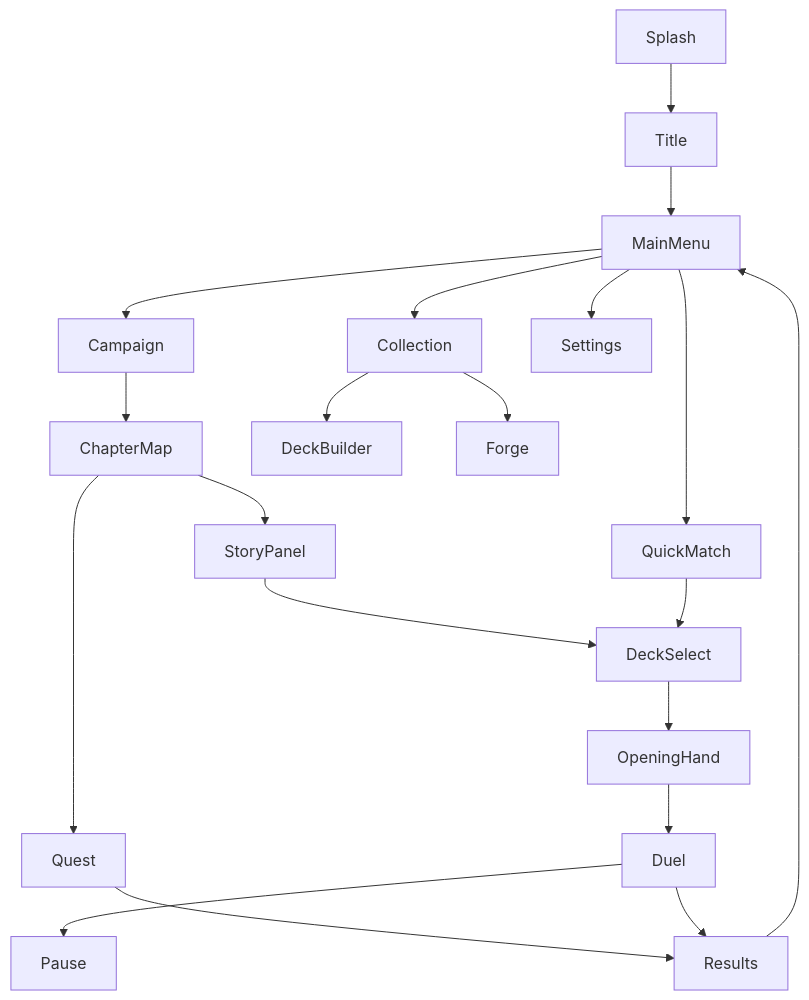
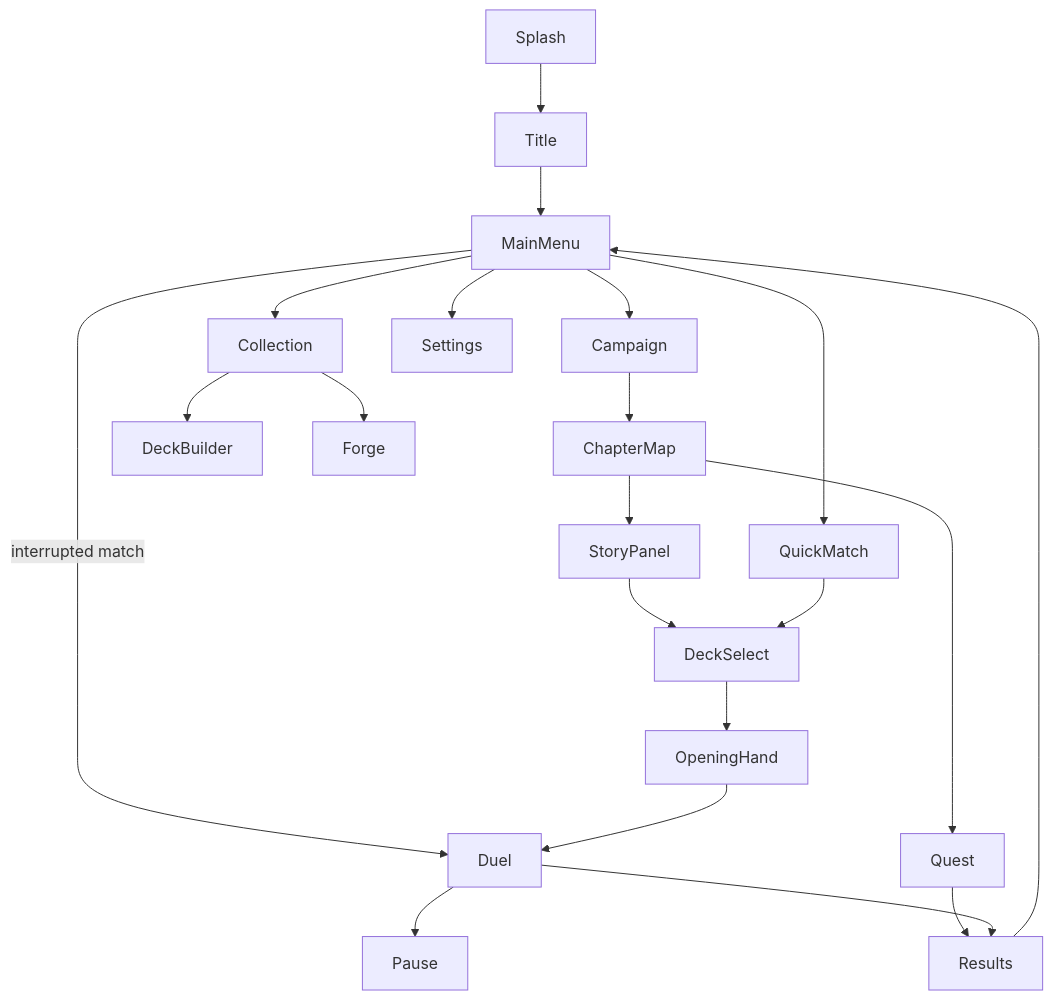
Before and after one commit to TuntematonSotilas/nothung: the diagram in docs/functional/07-ui-ux.md, drawn with Mermaid. The commit also changed other lines of this file and 2 other files, not shown here.

````diff
--- a/docs/functional/07-ui-ux.md
+++ b/docs/functional/07-ui-ux.md
@@ -17,18 +17,19 @@
 ```mermaid
 flowchart TD
     Splash --> Title
     Title --> MainMenu
     MainMenu --> Campaign
     MainMenu --> QuickMatch
     MainMenu --> Collection
     MainMenu --> Settings
+    MainMenu -->|interrupted match| Duel
     Campaign --> ChapterMap --> StoryPanel --> DeckSelect
     ChapterMap --> Quest --> Results
     QuickMatch --> DeckSelect
     DeckSelect --> OpeningHand --> Duel
     Duel --> Pause
     Duel --> Results
     Results --> MainMenu
     Collection --> DeckBuilder
     Collection --> Forge
 ```
````
